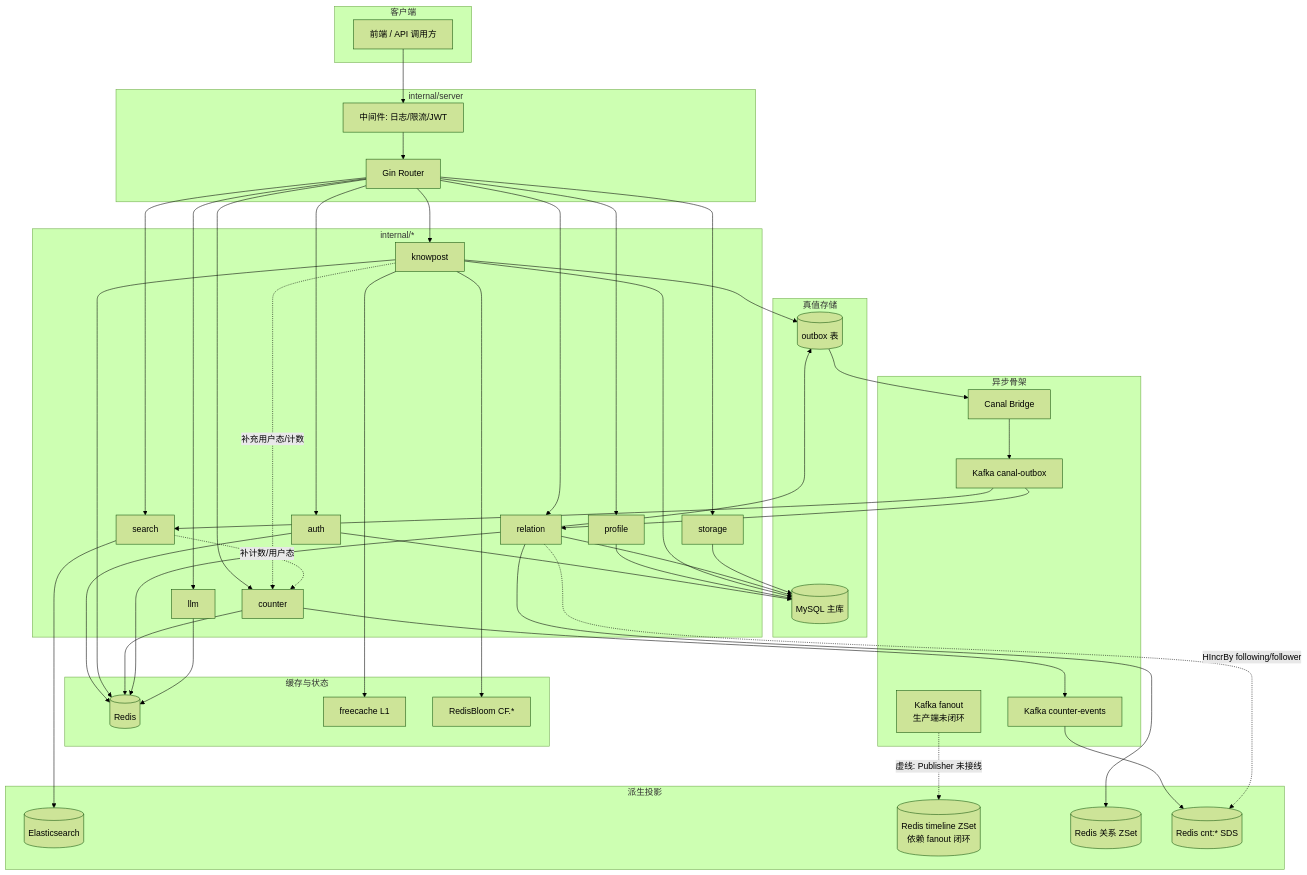
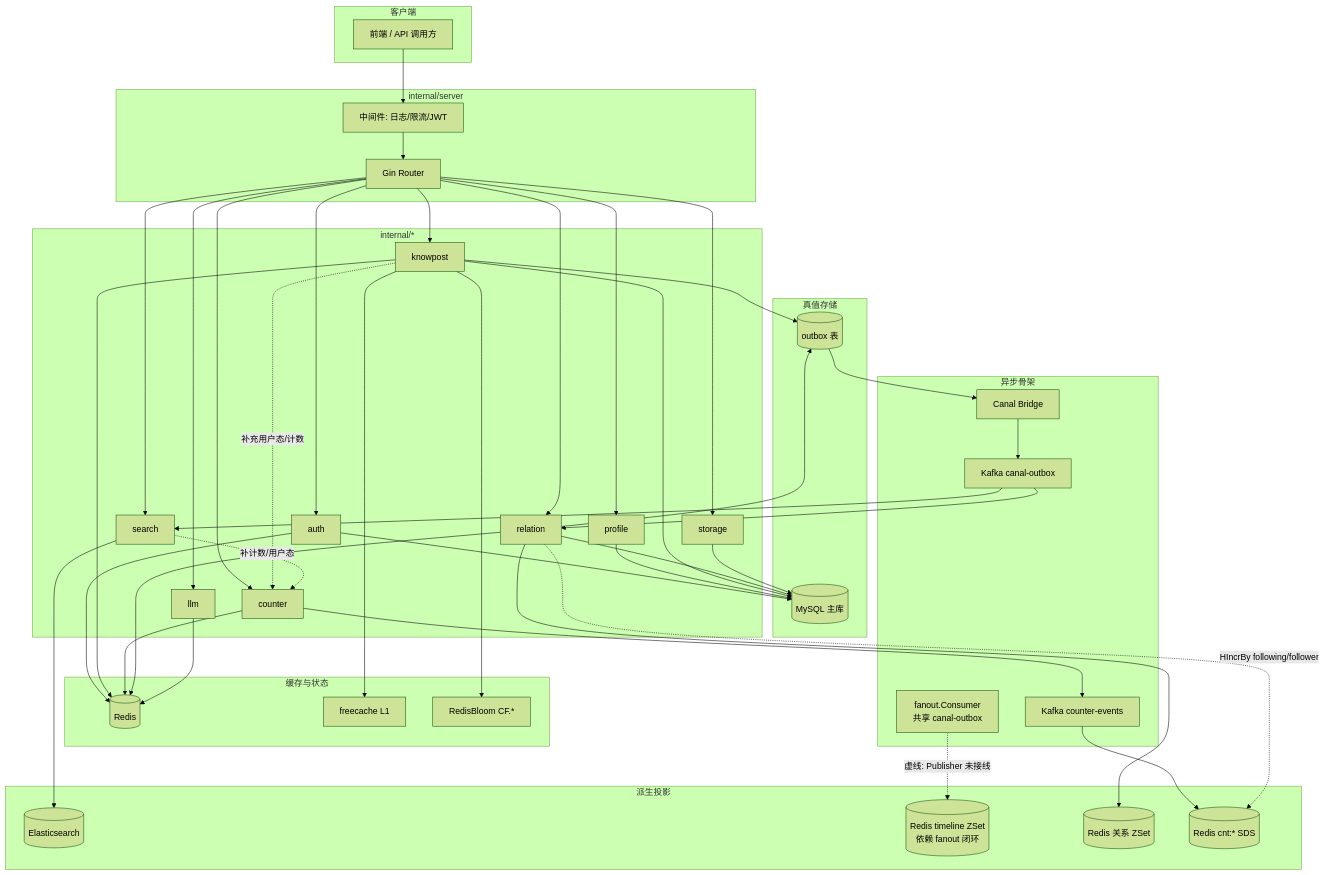
One commit to bitladykiller/zhiguang_go changed the second of 23 diagrams in docs/跨模块流程图.md. Above: the diagram before and after it, drawn with Mermaid (forest theme). The commit also changed other lines of this file and 43 other files, not shown here.

````diff
--- a/docs/跨模块流程图.md
+++ b/docs/跨模块流程图.md
@@ -73,71 +74,71 @@
 ```mermaid
 flowchart TB
     subgraph 客户端
       FE[前端 / API 调用方]
     end
 
     subgraph HTTP层["internal/server"]
       MW[中间件: 日志/限流/JWT]
       R[Gin Router]
     end
 
     subgraph 业务域["internal/*"]
       AUTH[auth]
       PROF[profile]
       KP[knowpost]
       CTR[counter]
       REL[relation]
       SCH[search]
       LLM[llm]
       OSS[storage]
     end
 
     subgraph 真值存储
       MY[(MySQL 主库)]
       OB[(outbox 表)]
     end
 
     subgraph 缓存与状态
       RD[(Redis)]
       L1[freecache L1]
       CF[RedisBloom CF.*]
     end
 
     subgraph 异步骨架
       CN[Canal Bridge]
       K1[Kafka canal-outbox]
       K2[Kafka counter-events]
-      K3[Kafka fanout<br/>生产端未闭环]
+      K3[fanout.Consumer<br/>共享 canal-outbox]
     end
 
     subgraph 派生投影
       ES[(Elasticsearch)]
       TL[(Redis timeline ZSet<br/>依赖 fanout 闭环)]
       RZ[(Redis 关系 ZSet)]
       SDS[(Redis cnt:* SDS)]
     end
 
     FE --> MW --> R
     R --> AUTH & PROF & KP & CTR & REL & SCH & LLM & OSS
 
     AUTH --> MY & RD
     PROF --> MY
     KP --> MY & OB & RD & L1 & CF
     KP -.补充用户态/计数.-> CTR
     CTR --> RD
     CTR --> K2
     REL --> MY & OB & RD
     SCH --> ES
     SCH -.补计数/用户态.-> CTR
     OSS --> MY
     LLM --> RD
 
     OB --> CN
     CN --> K1
     K1 --> SCH
     K1 --> REL
     K2 --> SDS
     REL --> RZ
     REL -.HIncrBy following/follower.-> SDS
     K3 -.虚线: Publisher 未接线.-> TL
 ```
````
